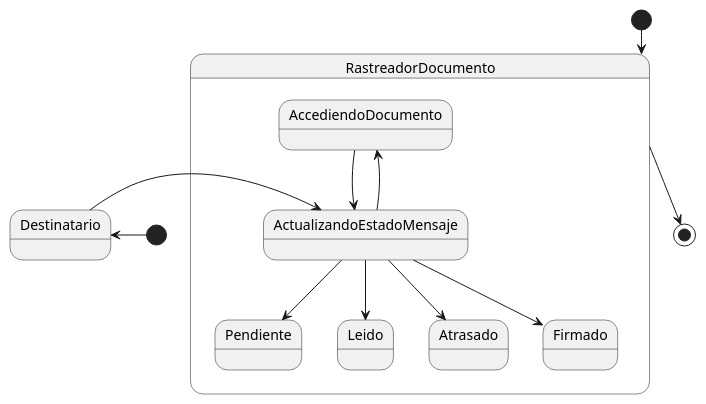
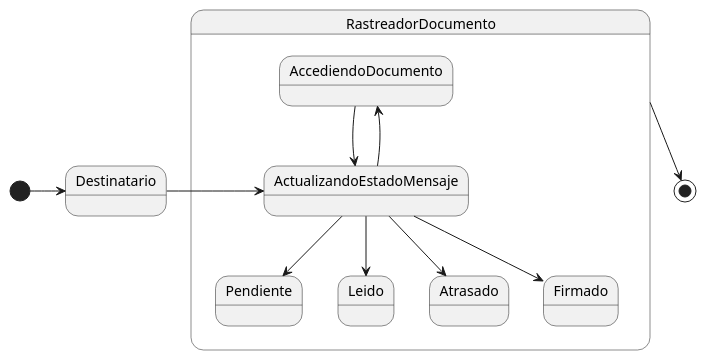
Before and after one commit to mmasias/24-25-IdSw1-SDR: the diagram in docs/modeloDeDominio/diagramaDeEstados/TerceraIteracion/Rastreador documento/diagrama_de_estado_rastreador_documento.puml, drawn with PlantUML. The commit also changed 6 other files, not shown here.

Commit message:
Actualizar diagramas de estados: corregir transiciones y agregar nuevo estado de envío

```diff
--- a/docs/modeloDeDominio/diagramaDeEstados/TerceraIteracion/Rastreador documento/diagrama_de_estado_rastreador_documento.puml
+++ b/docs/modeloDeDominio/diagramaDeEstados/TerceraIteracion/Rastreador documento/diagrama_de_estado_rastreador_documento.puml
@@ -1,23 +1,21 @@
 @startuml
-
-[*] --> RastreadorDocumento
 
 state Destinatario
 state startDestinatario  <<start>>
-startDestinatario -l-> Destinatario
+startDestinatario -r-> Destinatario
 
 state RastreadorDocumento {
   
   ActualizandoEstadoMensaje --> AccediendoDocumento
   AccediendoDocumento -r-> ActualizandoEstadoMensaje
   
   ActualizandoEstadoMensaje --> Pendiente
   ActualizandoEstadoMensaje --> Leido
   ActualizandoEstadoMensaje --> Atrasado
   ActualizandoEstadoMensaje --> Firmado
 }
 
 Destinatario -r-> ActualizandoEstadoMensaje
 
-RastreadorDocumento -d-> [*]
+RastreadorDocumento --> [*]
 @enduml
```
